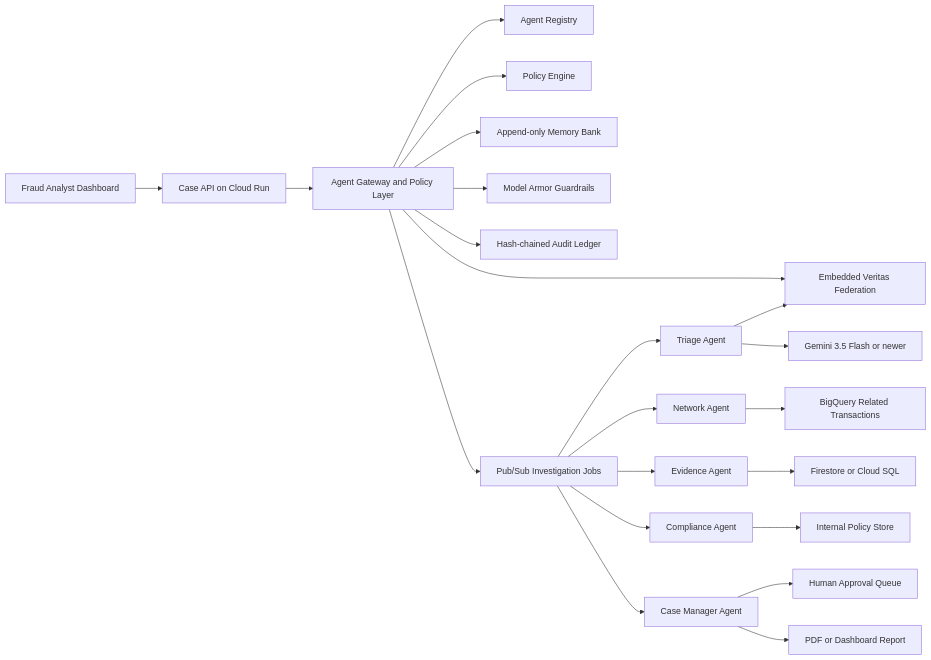
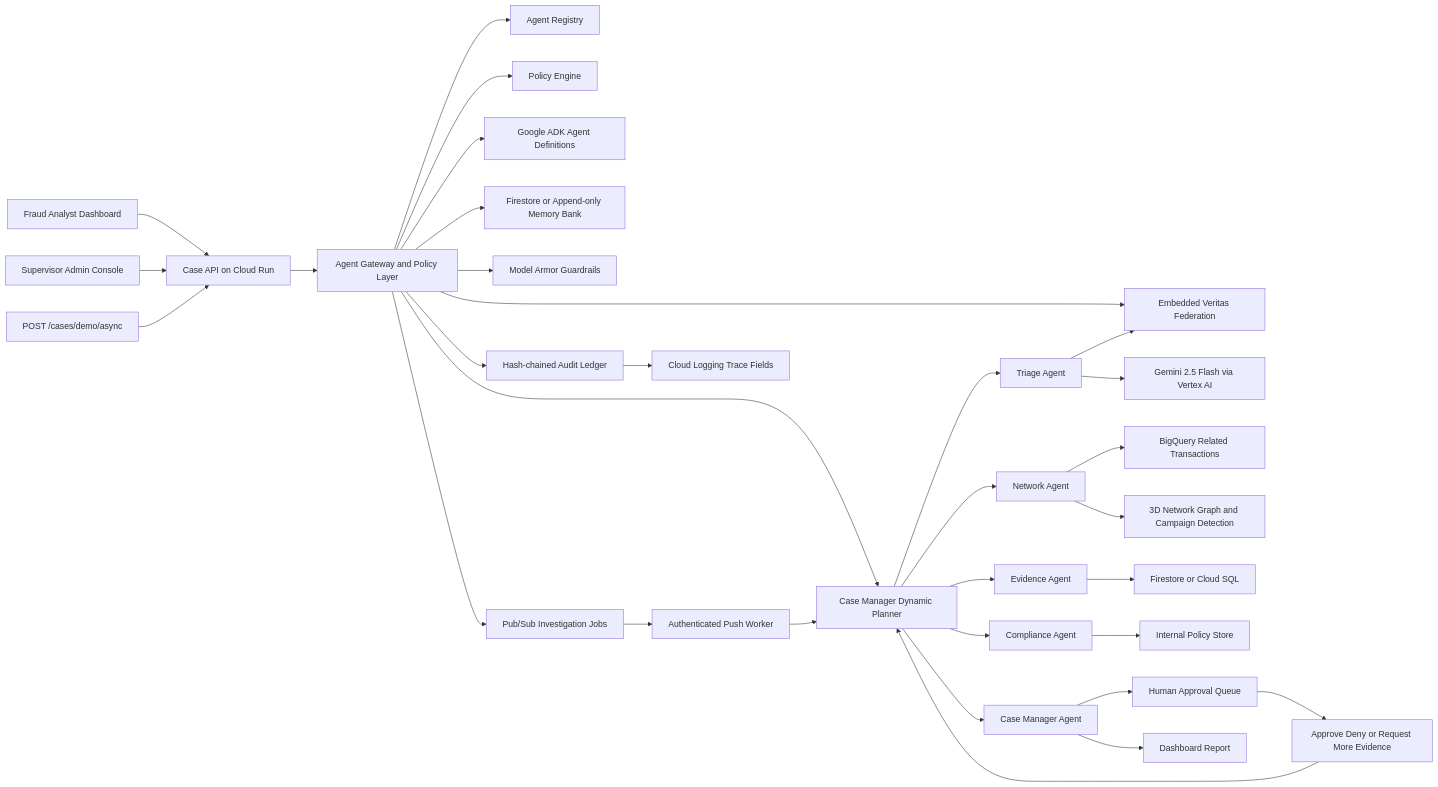
The diagram in docs/architecture.mmd (Kanghyeon5468/Tracelayer), drawn with Mermaid before and after one commit. The commit also changed 6 other files, not shown here.

```diff
--- a/docs/architecture.mmd
+++ b/docs/architecture.mmd
@@ -1,22 +1,32 @@
 flowchart LR
     Analyst[Fraud Analyst Dashboard] --> API[Case API on Cloud Run]
+    Admin[Supervisor Admin Console] --> API
+    PubEntry[POST /cases/demo/async] --> API
     API --> Gateway[Agent Gateway and Policy Layer]
     Gateway --> Registry[Agent Registry]
     Gateway --> Policy[Policy Engine]
-    Gateway --> Memory[Append-only Memory Bank]
+    Gateway --> Planner[Case Manager Dynamic Planner]
+    Gateway --> ADK[Google ADK Agent Definitions]
+    Gateway --> Memory[Firestore or Append-only Memory Bank]
     Gateway --> Armor[Model Armor Guardrails]
     Gateway --> Audit[Hash-chained Audit Ledger]
     Gateway --> Veritas[Embedded Veritas Federation]
     Gateway --> PubSub[Pub/Sub Investigation Jobs]
-    PubSub --> Triage[Triage Agent]
-    PubSub --> Network[Network Agent]
-    PubSub --> Evidence[Evidence Agent]
-    PubSub --> Compliance[Compliance Agent]
-    PubSub --> CaseManager[Case Manager Agent]
-    Triage --> Gemini[Gemini 3.5 Flash or newer]
+    PubSub --> Worker[Authenticated Push Worker]
+    Worker --> Planner
+    Planner --> Triage[Triage Agent]
+    Planner --> Network[Network Agent]
+    Planner --> Evidence[Evidence Agent]
+    Planner --> Compliance[Compliance Agent]
+    Planner --> CaseManager[Case Manager Agent]
+    Triage --> Gemini[Gemini 2.5 Flash via Vertex AI]
     Triage --> Veritas
     Network --> BigQuery[BigQuery Related Transactions]
+    Network --> Graph[3D Network Graph and Campaign Detection]
     Evidence --> Firestore[Firestore or Cloud SQL]
     Compliance --> Policies[Internal Policy Store]
     CaseManager --> Approvals[Human Approval Queue]
-    CaseManager --> Reports[PDF or Dashboard Report]
+    Approvals --> Feedback[Approve Deny or Request More Evidence]
+    Feedback --> Planner
+    CaseManager --> Reports[Dashboard Report]
+    Audit --> Logging[Cloud Logging Trace Fields]
```
